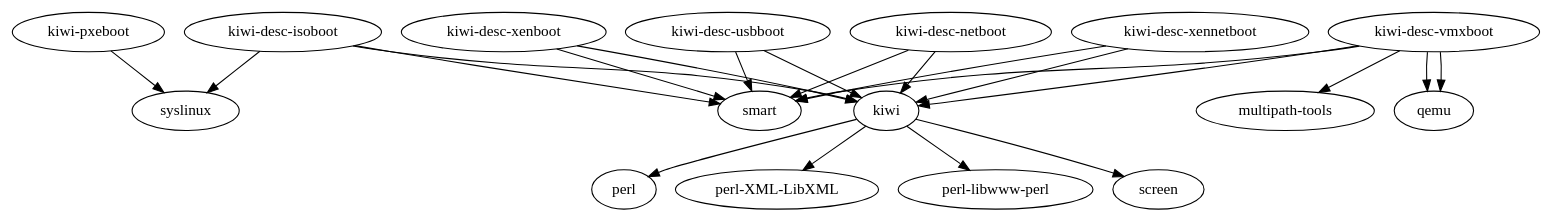
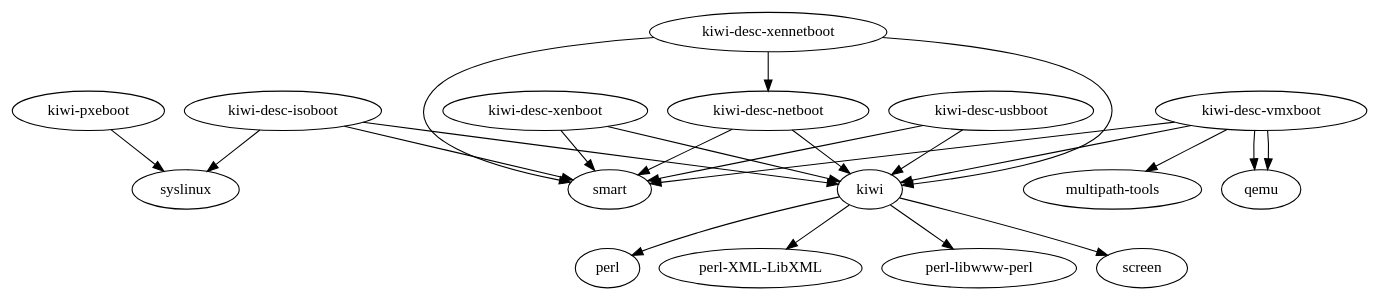
The diagram in .kiwi.dot (OSInside/kiwi-legacy), drawn with Graphviz before and after one commit. The commit also changed 4 other files, not shown here.

Commit message:
- fixed xennetboot requirements, adapt .dot graph - added loop search while creating virtual disk - added --non-interactive option for zypper. Unfortunately there   are still questions in case of gpg keys or missing patterns

```diff
--- a/.kiwi.dot
+++ b/.kiwi.dot
@@ -1,31 +1,32 @@
 digraph kiwi {
 	"kiwi" -> "perl"
 	"kiwi" -> "perl-XML-LibXML"
 	"kiwi" -> "perl-libwww-perl"
 	"kiwi" -> "screen"
 
 	"kiwi-pxeboot" -> "syslinux"
 
 	"kiwi-desc-isoboot" -> "kiwi"
 	"kiwi-desc-isoboot" -> "smart"
 	"kiwi-desc-isoboot" -> "syslinux"
 
 	"kiwi-desc-usbboot" -> "kiwi"
 	"kiwi-desc-usbboot" -> "smart"
 
 	"kiwi-desc-vmxboot" -> "kiwi"
 	"kiwi-desc-vmxboot" -> "qemu"
 
 	"kiwi-desc-vmxboot" -> "multipath-tools"
 	"kiwi-desc-vmxboot" -> "smart"
 	"kiwi-desc-vmxboot" -> "qemu"
 
 	"kiwi-desc-netboot" -> "kiwi"
 	"kiwi-desc-netboot" -> "smart"
 
 	"kiwi-desc-xennetboot" -> "kiwi"
 	"kiwi-desc-xennetboot" -> "smart"
+	"kiwi-desc-xennetboot" -> "kiwi-desc-netboot"
 
 	"kiwi-desc-xenboot" -> "kiwi"
     "kiwi-desc-xenboot" -> "smart"
 }
```
